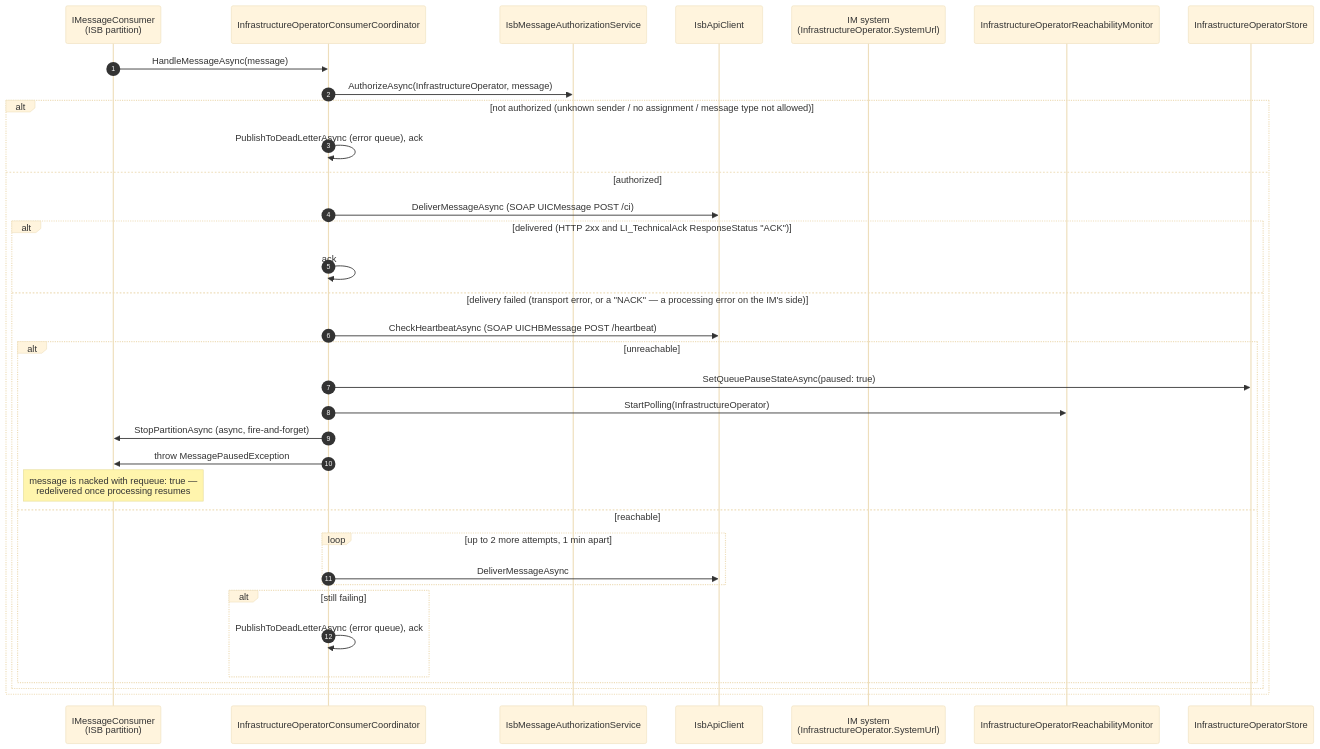
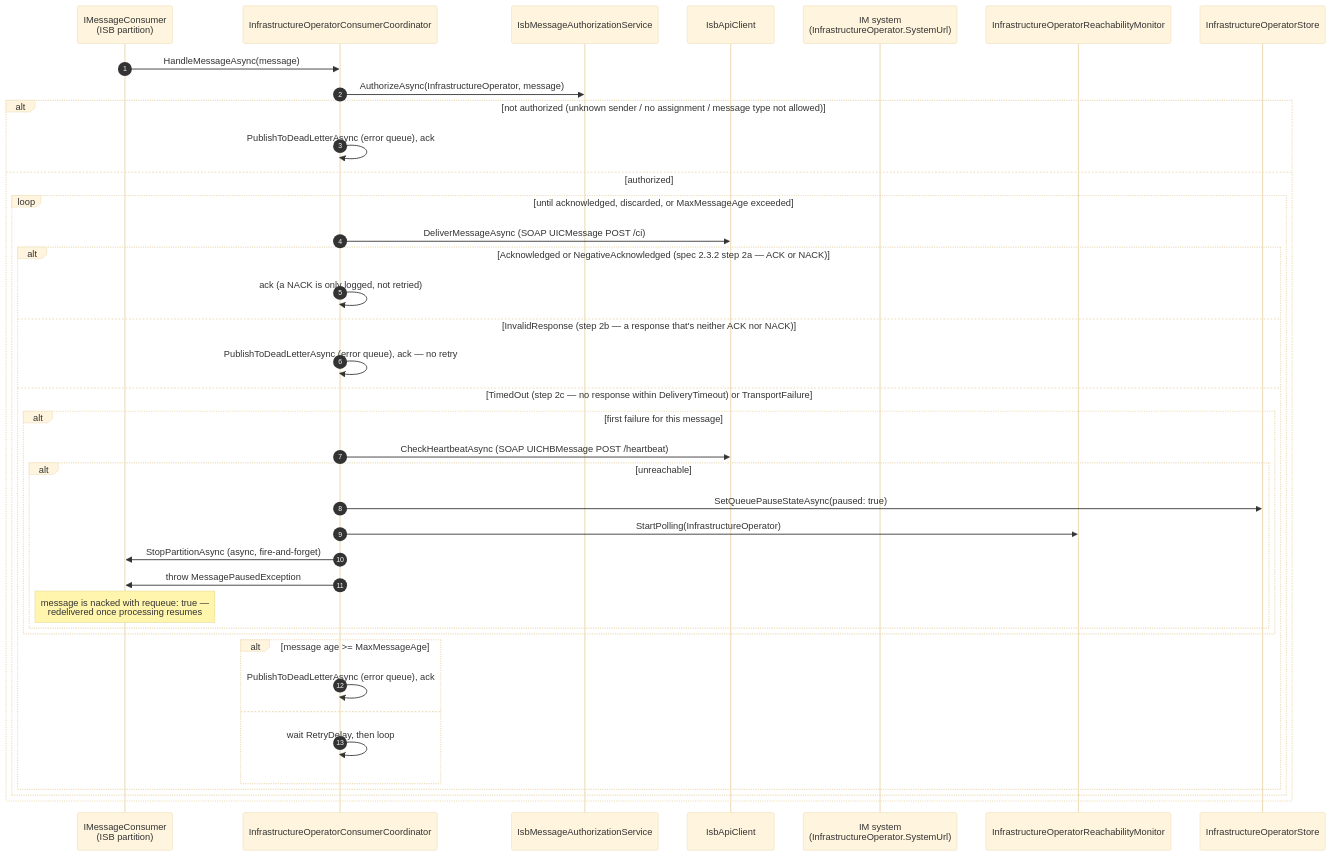
One commit to AmIHang/TsiBroker-V2 changed the fifth of 5 diagrams in wiki/Business-Flow.md. Above: the diagram before and after it, drawn with Mermaid (base theme). The commit also changed other lines of this file and 16 other files, not shown here.

Commit message:
feat: add 5s delivery timeout with resend-until-max-age for broker→IM delivery

````diff
--- a/wiki/Business-Flow.md
+++ b/wiki/Business-Flow.md
@@ -164,38 +164,42 @@
 ```mermaid
 sequenceDiagram
     autonumber
     participant Consumer as IMessageConsumer<br/>(ISB partition)
     participant Coord as InfrastructureOperatorConsumerCoordinator
     participant Auth as IsbMessageAuthorizationService
     participant Isb as IsbApiClient
     participant IM as IM system<br/>(InfrastructureOperator.SystemUrl)
     participant Monitor as InfrastructureOperatorReachabilityMonitor
     participant Store as InfrastructureOperatorStore
 
     Consumer->>Coord: HandleMessageAsync(message)
     Coord->>Auth: AuthorizeAsync(InfrastructureOperator, message)
     alt not authorized (unknown sender / no assignment / message type not allowed)
         Coord->>Coord: PublishToDeadLetterAsync (error queue), ack
     else authorized
-        Coord->>Isb: DeliverMessageAsync (SOAP UICMessage POST /ci)
-        alt delivered (HTTP 2xx and LI_TechnicalAck ResponseStatus "ACK")
-            Coord->>Coord: ack
-        else delivery failed (transport error, or a "NACK" — a processing error on the IM's side)
-            Coord->>Isb: CheckHeartbeatAsync (SOAP UICHBMessage POST /heartbeat)
-            alt unreachable
-                Coord->>Store: SetQueuePauseStateAsync(paused: true)
-                Coord->>Monitor: StartPolling(InfrastructureOperator)
-                Coord->>Consumer: StopPartitionAsync (async, fire-and-forget)
-                Coord->>Consumer: throw MessagePausedException
-                Note over Consumer: message is nacked with requeue: true —<br/>redelivered once processing resumes
-            else reachable
-                loop up to 2 more attempts, 1 min apart
-                    Coord->>Isb: DeliverMessageAsync
+        loop until acknowledged, discarded, or MaxMessageAge exceeded
+            Coord->>Isb: DeliverMessageAsync (SOAP UICMessage POST /ci)
+            alt Acknowledged or NegativeAcknowledged (spec 2.3.2 step 2a — ACK or NACK)
+                Coord->>Coord: ack (a NACK is only logged, not retried)
+            else InvalidResponse (step 2b — a response that's neither ACK nor NACK)
+                Coord->>Coord: PublishToDeadLetterAsync (error queue), ack — no retry
+            else TimedOut (step 2c — no response within DeliveryTimeout) or TransportFailure
+                alt first failure for this message
+                    Coord->>Isb: CheckHeartbeatAsync (SOAP UICHBMessage POST /heartbeat)
+                    alt unreachable
+                        Coord->>Store: SetQueuePauseStateAsync(paused: true)
+                        Coord->>Monitor: StartPolling(InfrastructureOperator)
+                        Coord->>Consumer: StopPartitionAsync (async, fire-and-forget)
+                        Coord->>Consumer: throw MessagePausedException
+                        Note over Consumer: message is nacked with requeue: true —<br/>redelivered once processing resumes
+                    end
                 end
-                alt still failing
+                alt message age >= MaxMessageAge
                     Coord->>Coord: PublishToDeadLetterAsync (error queue), ack
+                else
+                    Coord->>Coord: wait RetryDelay, then loop
                 end
             end
         end
     end
 ```
````
